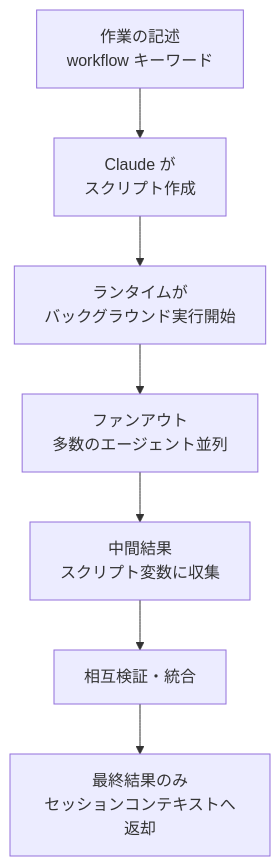
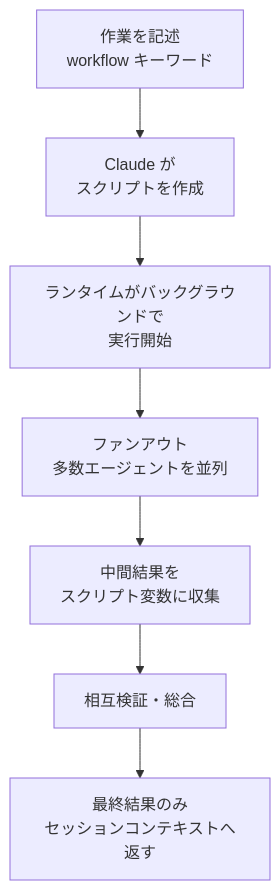
One commit to modu-ai/moai-adk changed the diagram in docs-site/content/ja/claude-code/agentic/workflows.md. Above: the diagram before and after it, drawn with Mermaid. The commit also changed other lines of this file and 395 other files, not shown here.

````diff
--- a/docs-site/content/ja/claude-code/agentic/workflows.md
+++ b/docs-site/content/ja/claude-code/agentic/workflows.md
@@ -62,9 +62,9 @@
 ```mermaid
 flowchart TD
-    A[作業の記述<br>workflow キーワード] --> B[Claude が<br>スクリプト作成]
-    B --> C[ランタイムが<br>バックグラウンド実行開始]
-    C --> D[ファンアウト<br>多数のエージェント並列]
-    D --> E[中間結果<br>スクリプト変数に収集]
-    E --> F[相互検証・統合]
-    F --> G[最終結果のみ<br>セッションコンテキストへ返却]
+    A[作業を記述<br>workflow キーワード] --> B[Claude が<br>スクリプトを作成]
+    B --> C[ランタイムがバックグラウンドで<br>実行開始]
+    C --> D[ファンアウト<br>多数エージェントを並列]
+    D --> E[中間結果を<br>スクリプト変数に収集]
+    E --> F[相互検証・総合]
+    F --> G[最終結果のみ<br>セッションコンテキストへ返す]
 ```
````
